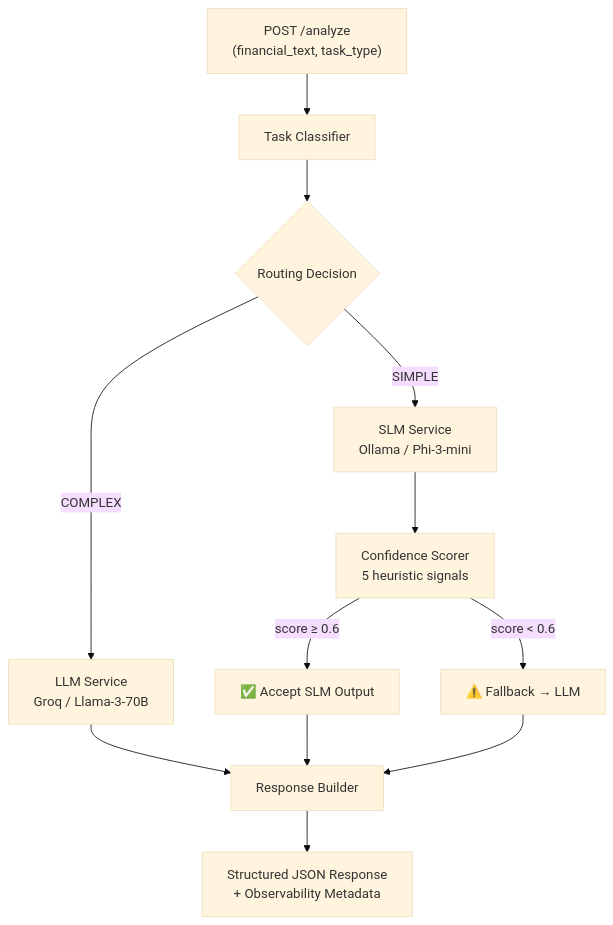
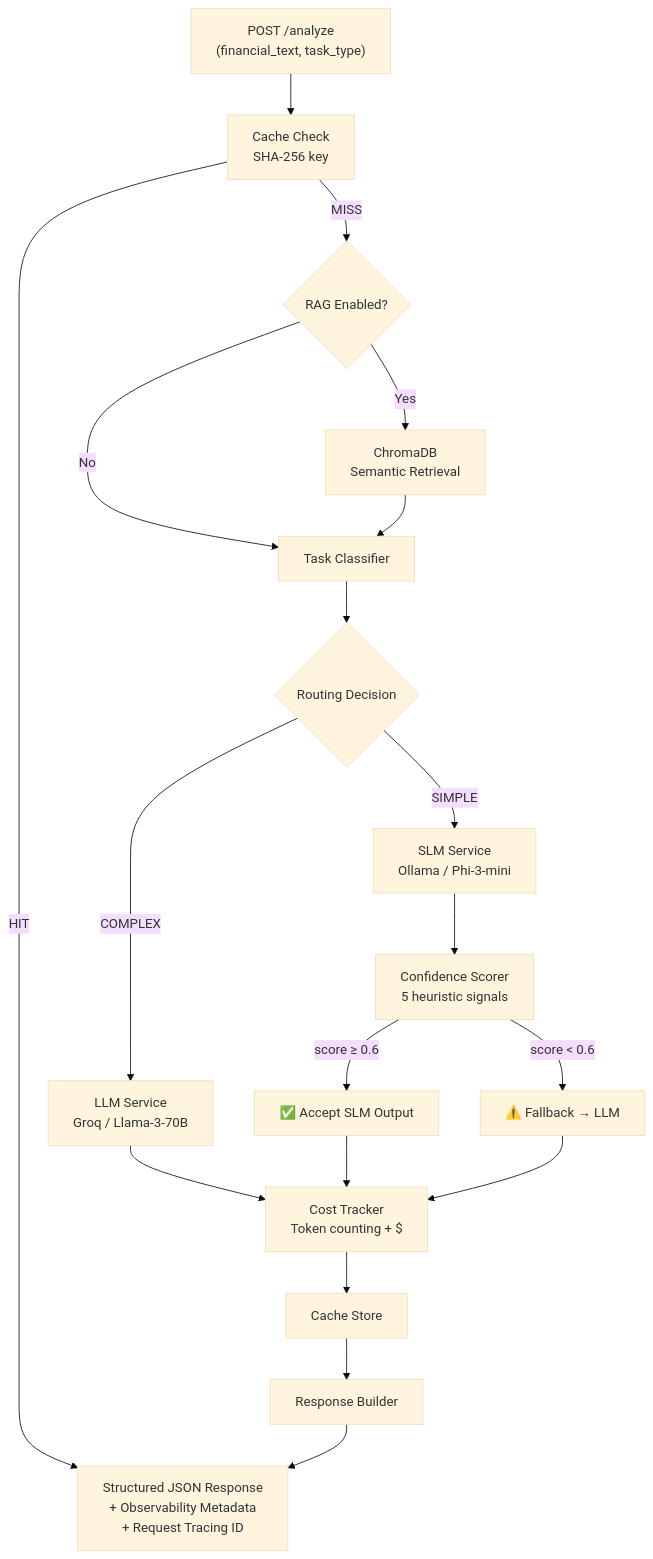
One commit to Advait-Pathak9222/Hybrid-SLM-LLM-Routing-System-for-Financial-Document-Intelligence changed the diagram in README.md. Above: the diagram before and after it, drawn with Mermaid (base theme). The commit also changed other lines of this file and 25 other files, not shown here.

````diff
--- a/README.md
+++ b/README.md
@@ -17,14 +19,21 @@
 ```mermaid
 flowchart TD
-    A["POST /analyze\n(financial_text, task_type)"] --> B["Task Classifier"]
+    A["POST /analyze\n(financial_text, task_type)"] --> AA["Cache Check\nSHA-256 key"]
+    AA -- "HIT" --> J
+    AA -- "MISS" --> AB{"RAG Enabled?"}
+    AB -- "Yes" --> AC["ChromaDB\nSemantic Retrieval"]
+    AB -- "No" --> B
+    AC --> B["Task Classifier"]
     B --> C{"Routing Decision"}
     C -- "SIMPLE" --> D["SLM Service\nOllama / Phi-3-mini"]
     C -- "COMPLEX" --> E["LLM Service\nGroq / Llama-3-70B"]
     D --> F["Confidence Scorer\n5 heuristic signals"]
     F -- "score ≥ 0.6" --> G["✅ Accept SLM Output"]
     F -- "score < 0.6" --> H["⚠️ Fallback → LLM"]
-    E --> I["Response Builder"]
-    G --> I
-    H --> I
-    I --> J["Structured JSON Response\n+ Observability Metadata"]
+    E --> K["Cost Tracker\nToken counting + $"]
+    G --> K
+    H --> K
+    K --> CC["Cache Store"]
+    CC --> I["Response Builder"]
+    I --> J["Structured JSON Response\n+ Observability Metadata\n+ Request Tracing ID"]
 ```
````
